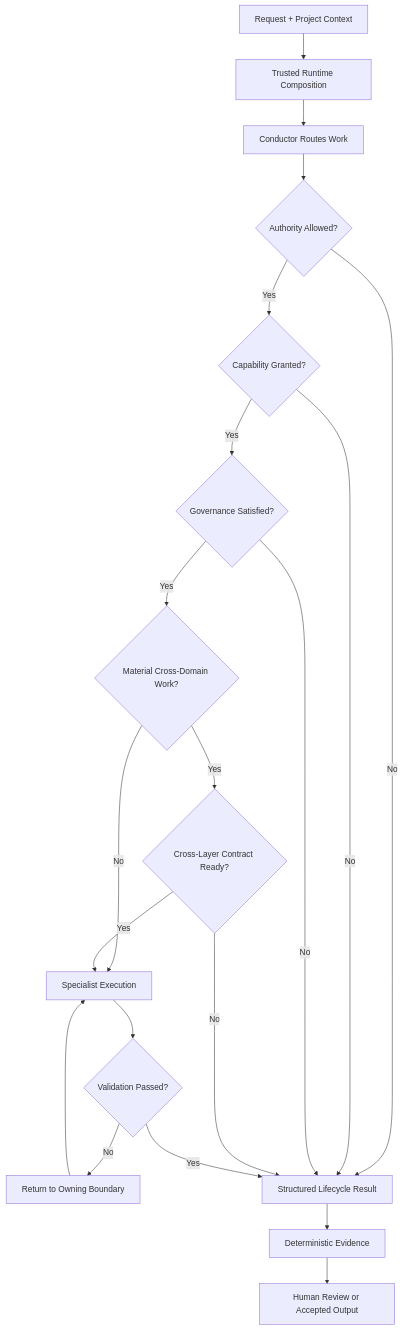
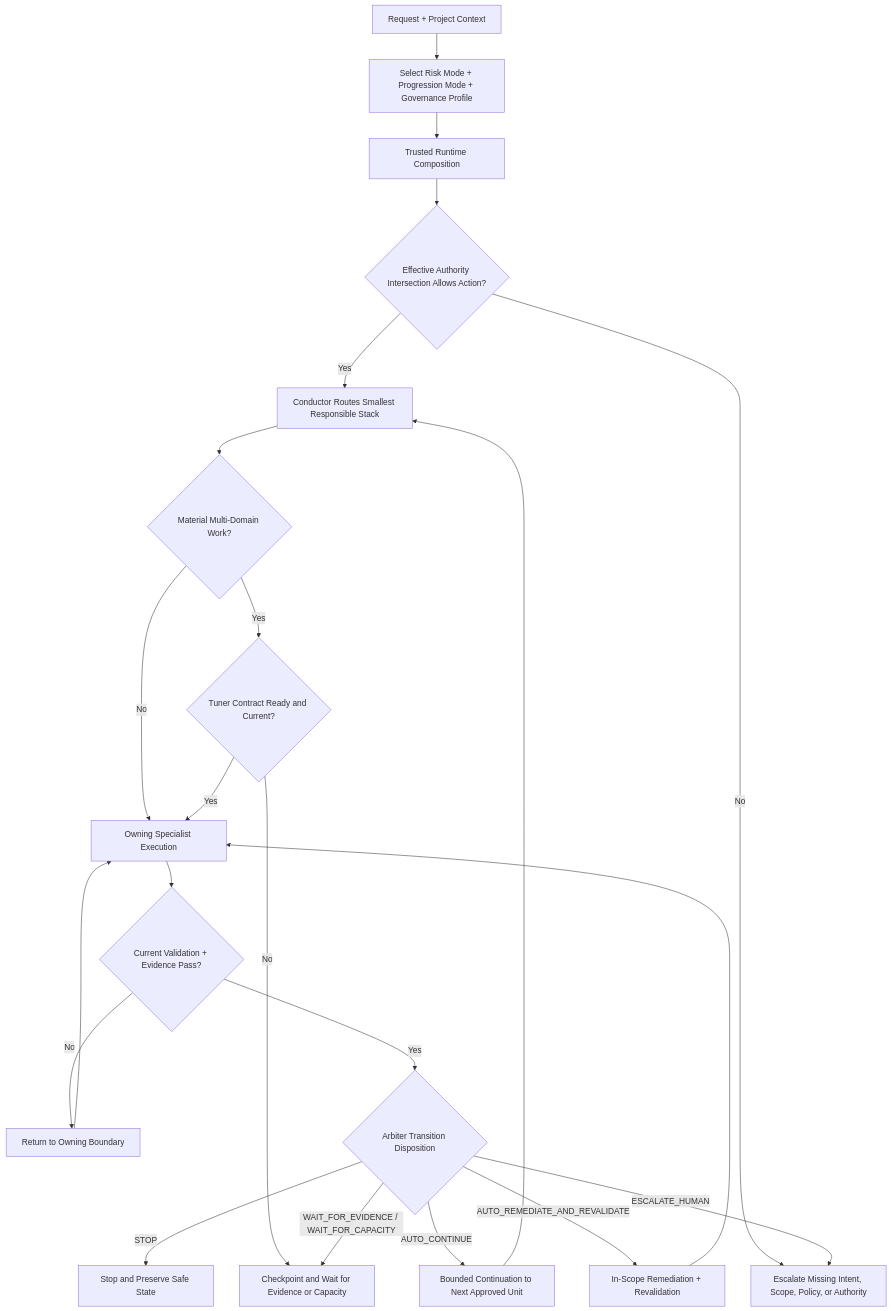
Before and after one commit to Baelfyre/Orchestra: the diagram in README.md, drawn with Mermaid. The commit also changed other lines of this file and 8 other files, not shown here.

```diff
--- a/README.md
+++ b/README.md
@@ -46,32 +46,35 @@
 ~~~mermaid
 flowchart TD
     Request["Request + Project Context"]
+    Select["Select Risk Mode + Progression Mode + Governance Profile"]
     Compose["Trusted Runtime Composition"]
-    Route["Conductor Routes Work"]
-    Authority{"Authority Allowed?"}
-    Capability{"Capability Granted?"}
-    Governance{"Governance Satisfied?"}
-    Multi{"Material Cross-Domain Work?"}
-    Tuner{"Cross-Layer Contract Ready?"}
-    Specialist["Specialist Execution"]
-    Validate{"Validation Passed?"}
+    Effective{"Effective Authority Intersection Allows Action?"}
+    Route["Conductor Routes Smallest Responsible Stack"]
+    Multi{"Material Multi-Domain Work?"}
+    Tuner{"Tuner Contract Ready and Current?"}
+    Specialist["Owning Specialist Execution"]
+    Validate{"Current Validation + Evidence Pass?"}
     Revise["Return to Owning Boundary"]
-    Lifecycle["Structured Lifecycle Result"]
-    Evidence["Deterministic Evidence"]
-    Review["Human Review or Accepted Output"]
+    Arbiter{"Arbiter Transition Disposition"}
+    Continue["Bounded Continuation to Next Approved Unit"]
+    Remediate["In-Scope Remediation + Revalidation"]
+    Wait["Checkpoint and Wait for Evidence or Capacity"]
+    Escalate["Escalate Missing Intent, Scope, Policy, or Authority"]
+    Stop["Stop and Preserve Safe State"]
 
-    Request --> Compose --> Route --> Authority
-    Authority -- No --> Lifecycle
-    Authority -- Yes --> Capability
-    Capability -- No --> Lifecycle
-    Capability -- Yes --> Governance
-    Governance -- No --> Lifecycle
-    Governance -- Yes --> Multi
+    Request --> Select --> Compose --> Effective
+    Effective -- No --> Escalate
+    Effective -- Yes --> Route --> Multi
     Multi -- No --> Specialist
     Multi -- Yes --> Tuner
-    Tuner -- No --> Lifecycle
+    Tuner -- No --> Wait
     Tuner -- Yes --> Specialist
     Specialist --> Validate
     Validate -- No --> Revise --> Specialist
-    Validate -- Yes --> Lifecycle --> Evidence --> Review
+    Validate -- Yes --> Arbiter
+    Arbiter -- AUTO_CONTINUE --> Continue --> Route
+    Arbiter -- AUTO_REMEDIATE_AND_REVALIDATE --> Remediate --> Specialist
+    Arbiter -- WAIT_FOR_EVIDENCE / WAIT_FOR_CAPACITY --> Wait
+    Arbiter -- ESCALATE_HUMAN --> Escalate
+    Arbiter -- STOP --> Stop
 ~~~
```
